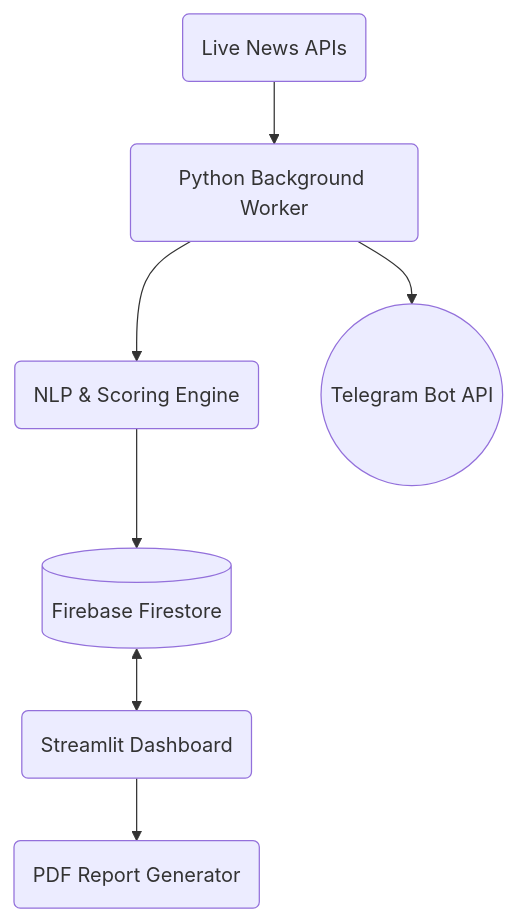
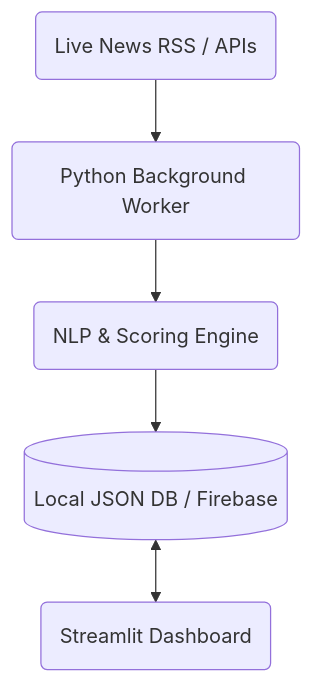
One commit to Adarsh-GPT/Real-Time-Supply-Chain-Disruption-Alert-System changed the diagram in README.md. Above: the diagram before and after it, drawn with Mermaid. The commit also changed other lines of this file and 19 other files, not shown here.

````diff
--- a/README.md
+++ b/README.md
@@ -33,10 +35,8 @@
 ```mermaid
 graph TD
-    NewsAPI(Live News APIs) --> Worker
+    NewsAPI(Live News RSS / APIs) --> Worker
     Worker(Python Background Worker) --> NLP(NLP & Scoring Engine)
-    NLP --> Firebase[(Firebase Firestore)]
-    Worker --> Telegram((Telegram Bot API))
+    NLP --> DB[(Local JSON DB / Firebase)]
     
-    Firebase <--> UI(Streamlit Dashboard)
-    UI --> PDF(PDF Report Generator)
+    DB <--> UI(Streamlit Dashboard)
 ```
````
